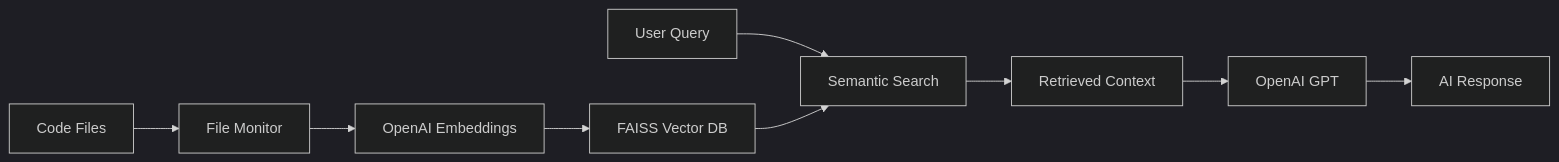
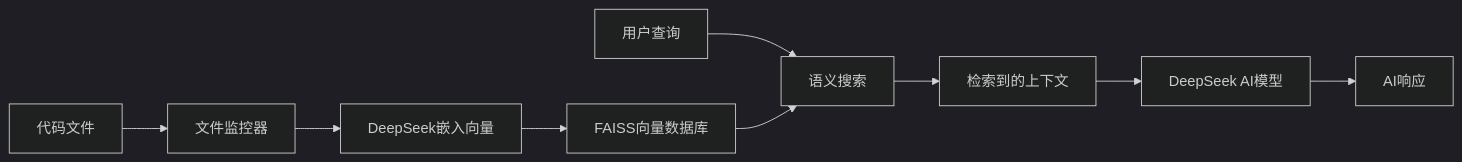
One commit to fengjutian/code-RAG changed the diagram in README.md. Above: the diagram before and after it, drawn with Mermaid (dark theme). The commit also changed other lines of this file, not shown here.

````diff
--- a/README.md
+++ b/README.md
@@ -76,11 +80,11 @@
 ```mermaid
 graph LR
-    A[Code Files] --> B[File Monitor]
-    B --> C[OpenAI Embeddings]
-    C --> D[FAISS Vector DB]
-    E[User Query] --> F[Semantic Search]
+    A[代码文件] --> B[文件监控器]
+    B --> C[DeepSeek嵌入向量]
+    C --> D[FAISS向量数据库]
+    E[用户查询] --> F[语义搜索]
     D --> F
-    F --> G[Retrieved Context]
-    G --> H[OpenAI GPT]
-    H --> I[AI Response]
+    F --> G[检索到的上下文]
+    G --> H[DeepSeek AI模型]
+    H --> I[AI响应]
 ```
````
